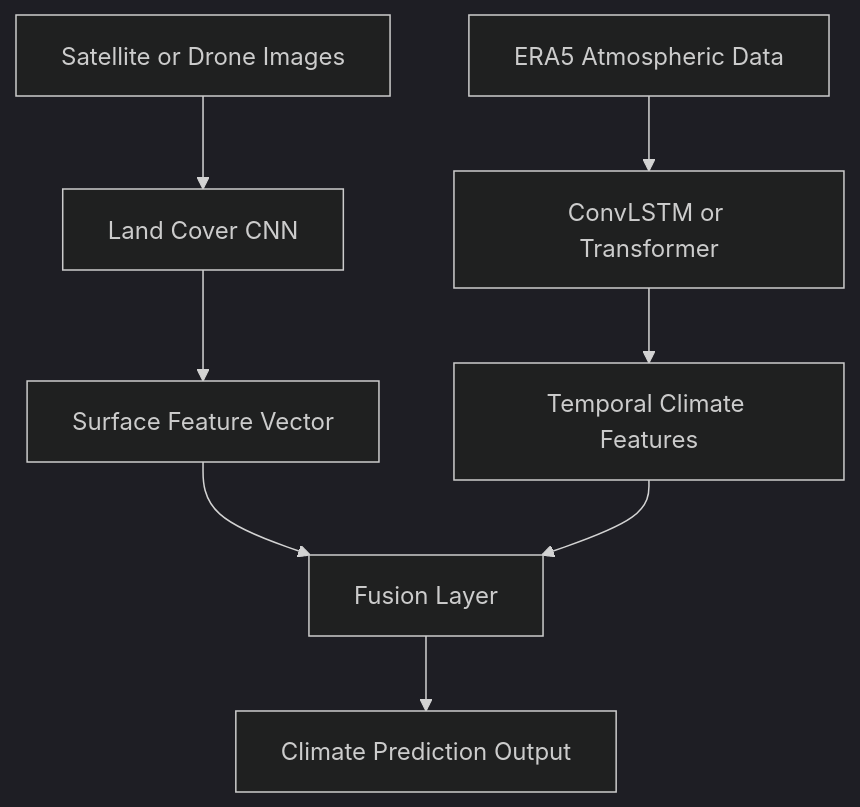
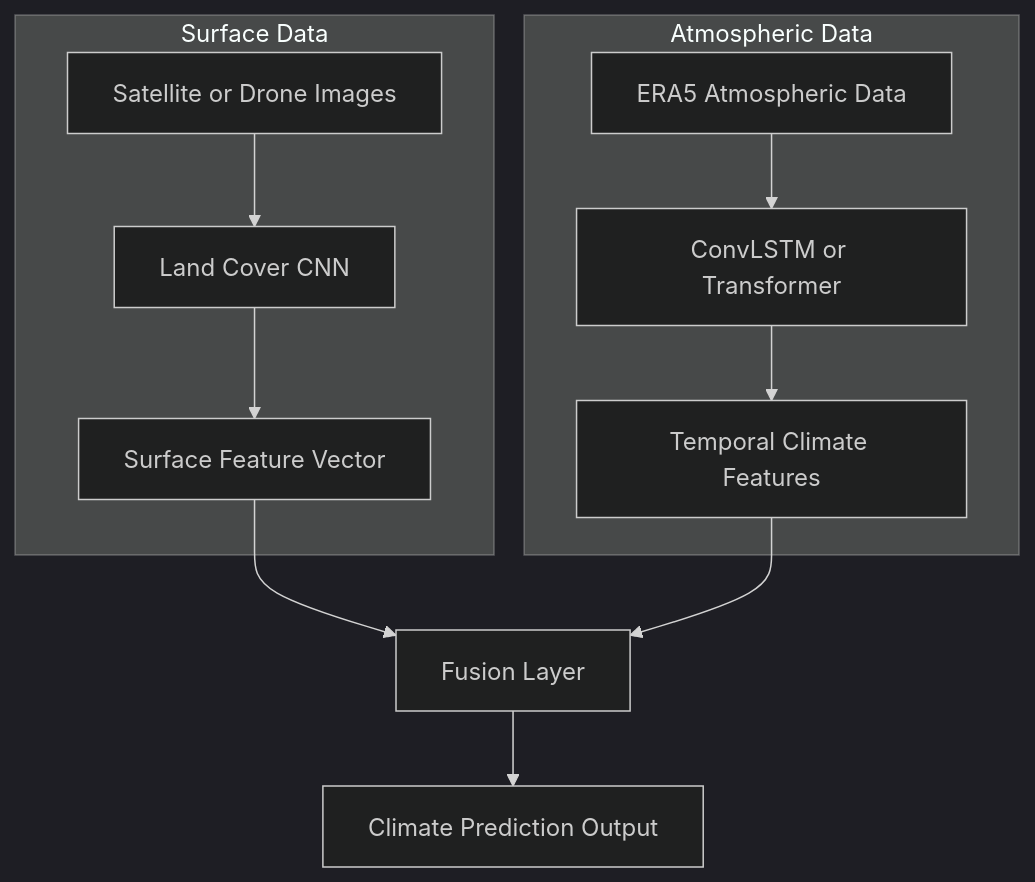
One commit to venkatavivekp-debug/robust-earth-forecast changed the diagram in README.md. Above: the diagram before and after it, drawn with Mermaid (dark theme). The commit also changed other lines of this file, not shown here.

````diff
--- a/README.md
+++ b/README.md
@@ -94,14 +59,18 @@
 ```mermaid
 flowchart TD
 
+subgraph Surface Data
 A[Satellite or Drone Images] --> B[Land Cover CNN]
 B --> C[Surface Feature Vector]
+end
 
+subgraph Atmospheric Data
 D[ERA5 Atmospheric Data] --> E[ConvLSTM or Transformer]
 E --> F[Temporal Climate Features]
+end
 
 C --> G[Fusion Layer]
 F --> G
 
 G --> H[Climate Prediction Output]
 ```
````
